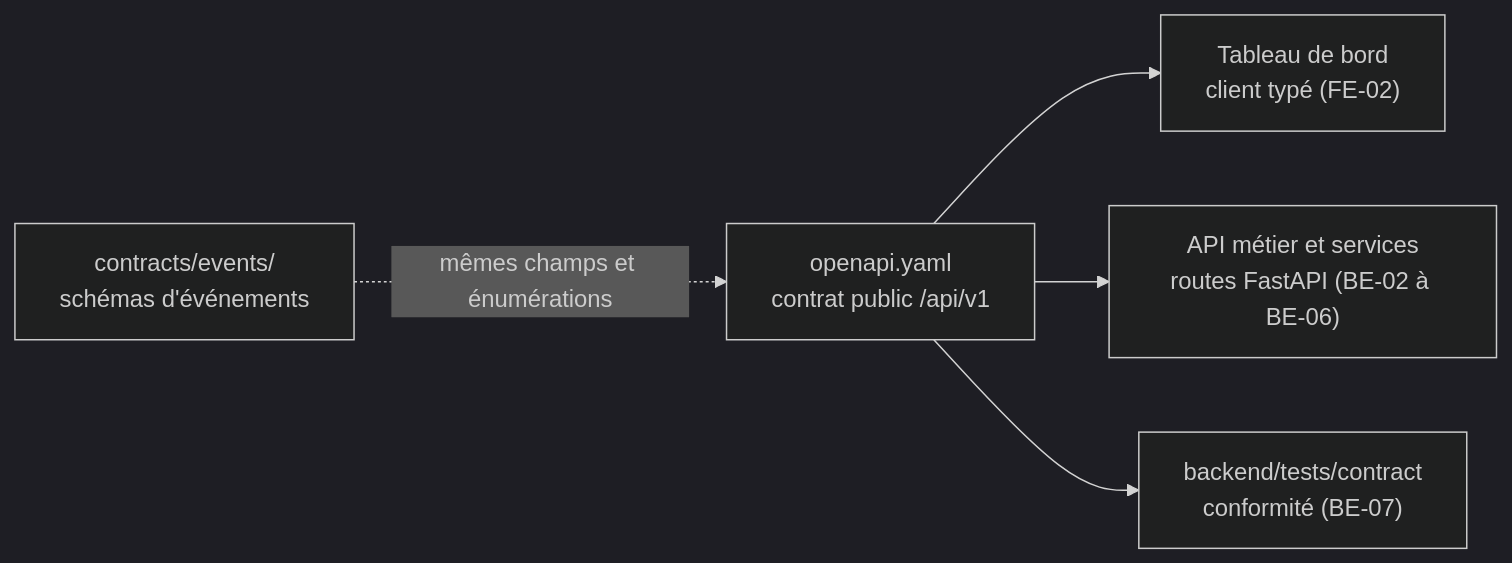
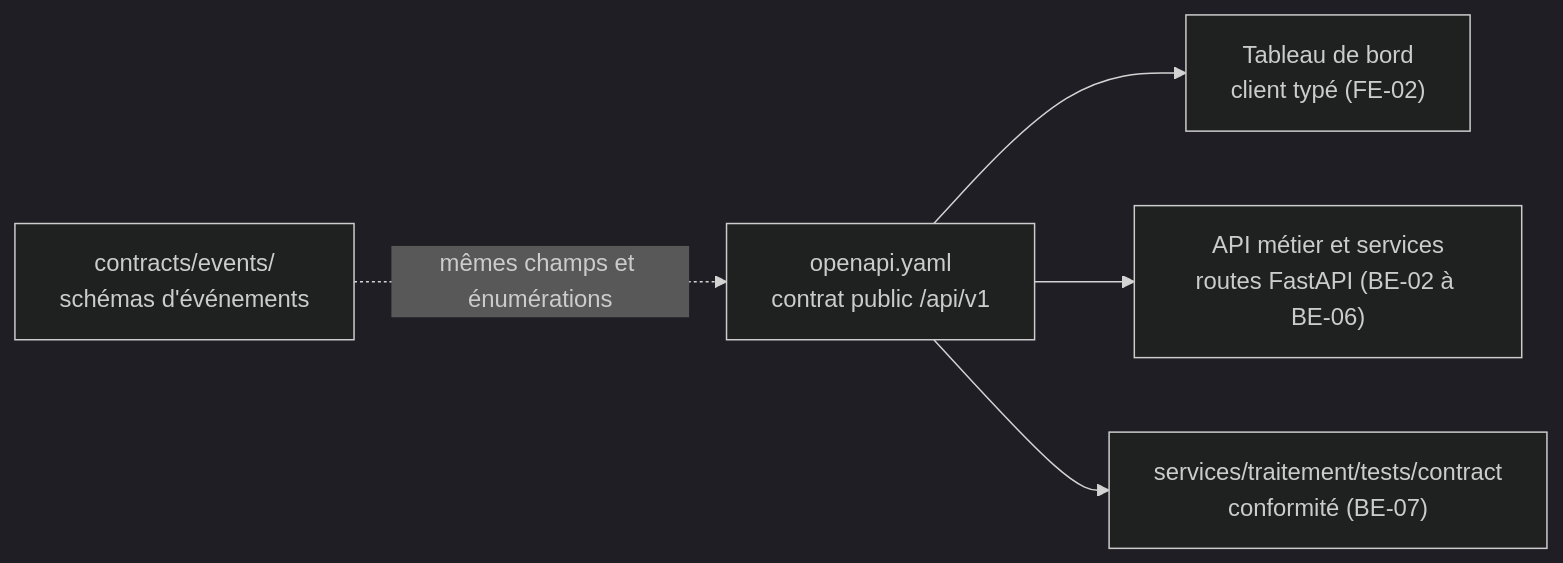
One commit to RobelManoa/novaria-core changed the second of 2 diagrams in docs/02-specifications/README.md. Above: the diagram before and after it, drawn with Mermaid (dark theme). The commit also changed 66 other files, not shown here.

````diff
--- a/docs/02-specifications/README.md
+++ b/docs/02-specifications/README.md
@@ -26,7 +26,7 @@
 ```mermaid
 flowchart LR
     OA["openapi.yaml<br/>contrat public /api/v1"] --> FE["Tableau de bord<br/>client typé (FE-02)"]
     OA --> API["API métier et services<br/>routes FastAPI (BE-02 à BE-06)"]
-    OA --> CT["backend/tests/contract<br/>conformité (BE-07)"]
+    OA --> CT["services/traitement/tests/contract<br/>conformité (BE-07)"]
     EV["contracts/events/<br/>schémas d'événements"] -. mêmes champs et énumérations .-> OA
 ```
````
